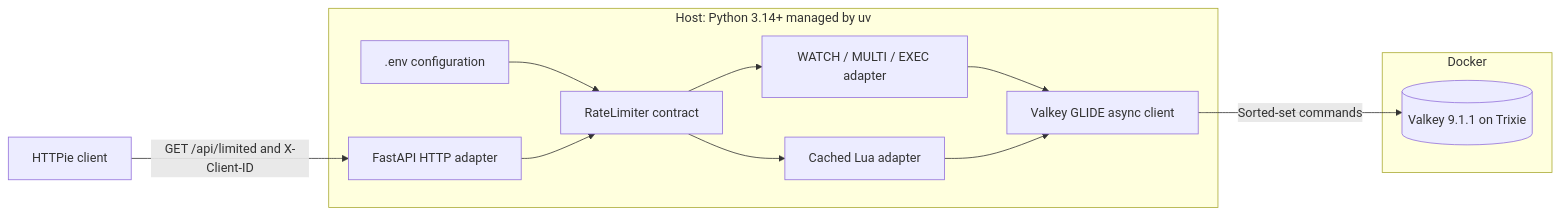
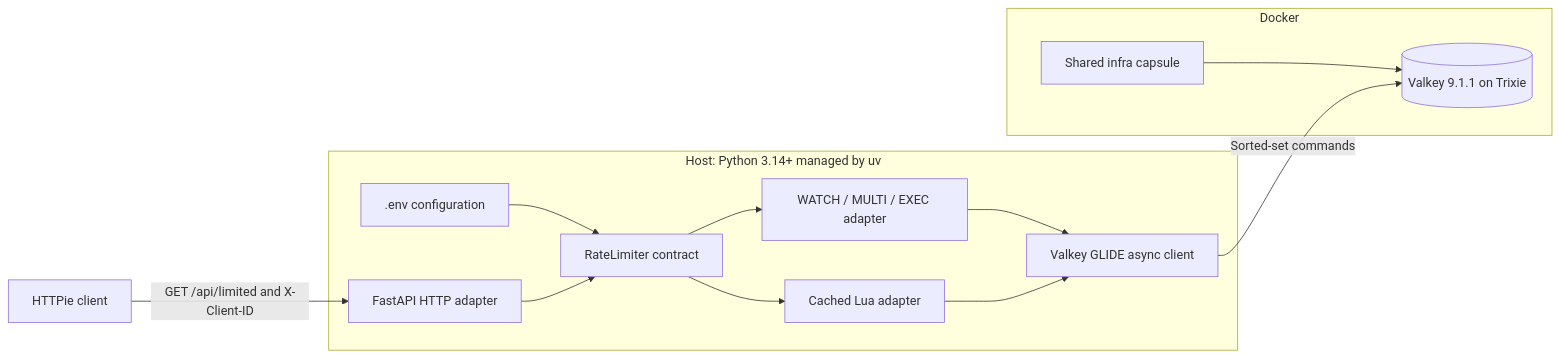
The first of 3 diagrams in examples/rate-limiter/sliding-window-python-fastapi/README.md (rlunar/valkey-examples), drawn with Mermaid before and after one commit. The commit also changed other lines of this file and 167 other files, not shown here.

````diff
--- a/examples/rate-limiter/sliding-window-python-fastapi/README.md
+++ b/examples/rate-limiter/sliding-window-python-fastapi/README.md
@@ -52,27 +96,29 @@
 ```mermaid
 flowchart LR
     caller["HTTPie client"]
 
     subgraph host["Host: Python 3.14+ managed by uv"]
         fastapi["FastAPI HTTP adapter"]
         config[".env configuration"]
         contract["RateLimiter contract"]
         transaction["WATCH / MULTI / EXEC adapter"]
         lua["Cached Lua adapter"]
         glide["Valkey GLIDE async client"]
 
         config --> contract
         fastapi --> contract
         contract --> transaction
         contract --> lua
         transaction --> glide
         lua --> glide
     end
 
     subgraph docker["Docker"]
+        infra["Shared infra capsule"]
         valkey[("Valkey 9.1.1 on Trixie")]
+        infra --> valkey
     end
 
     caller -->|"GET /api/limited and X-Client-ID"| fastapi
     glide -->|"Sorted-set commands"| valkey
 ```
````
